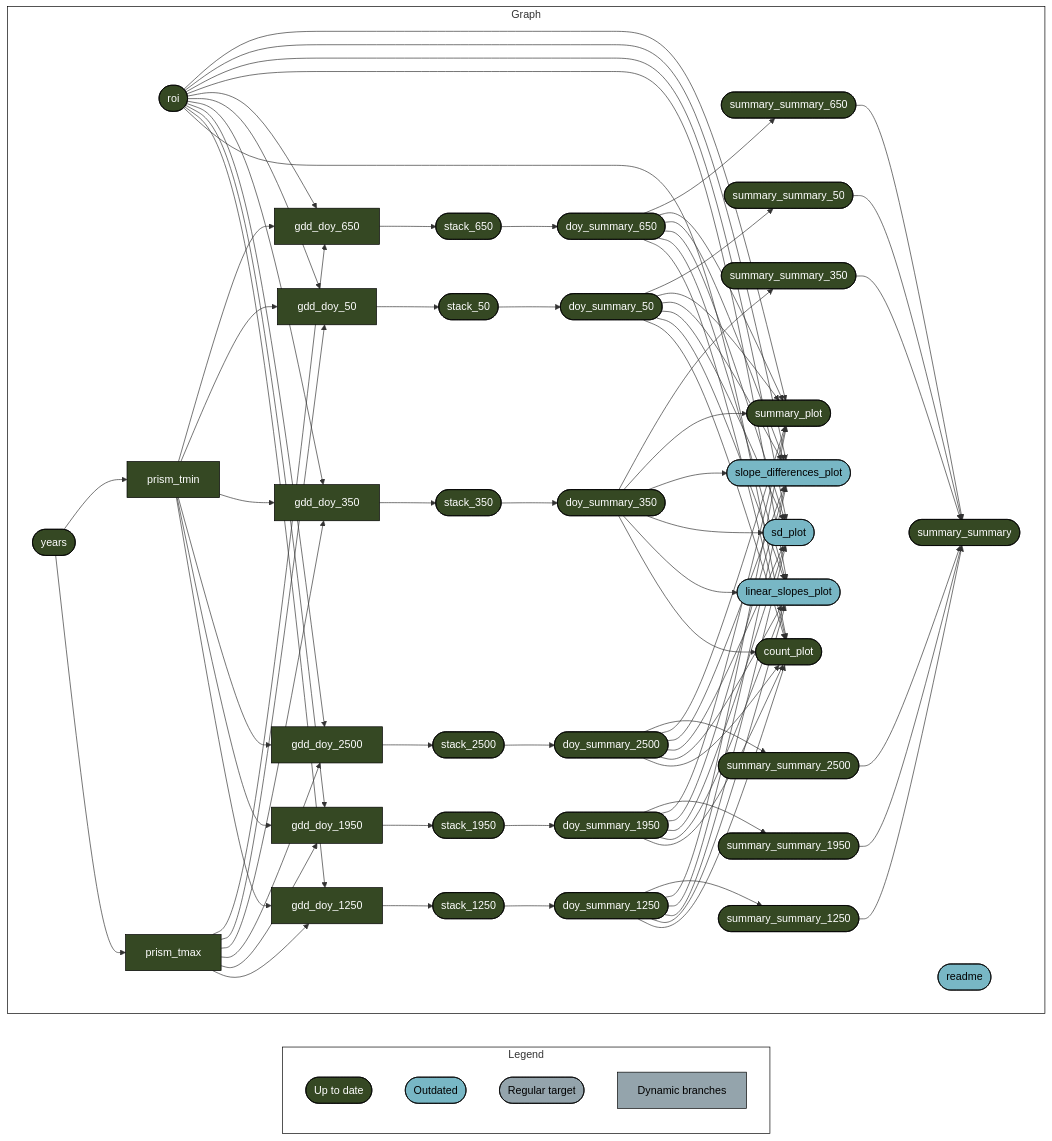
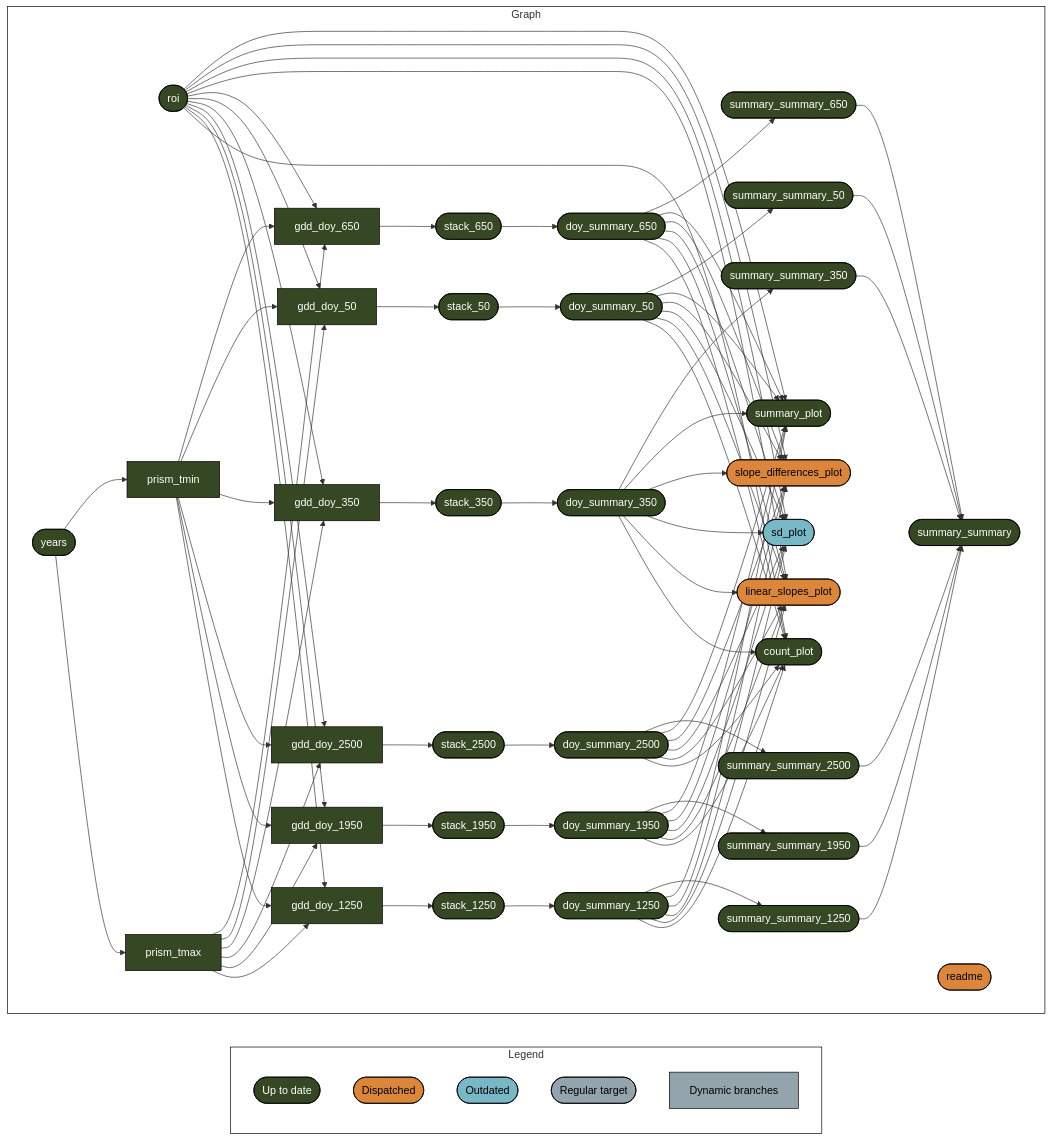
One commit to usa-npn/thermal-trends changed the diagram in README.md. Above: the diagram before and after it, drawn with Mermaid. The commit also changed other lines of this file and 1 other file, not shown here.

Commit message:
update text

````diff
--- a/README.md
+++ b/README.md
@@ -58,6 +54,7 @@
   style Graph fill:#FFFFFF00,stroke:#000000;
   subgraph Legend
     xf1522833a4d242c5(["Up to date"]):::uptodate
+    xb6630624a7b3aa0f(["Dispatched"]):::dispatched
     x2db1ec7a48f65a9b(["Outdated"]):::outdated
     xd03d7c7dd2ddda2b(["Regular target"]):::none
     x6f7e04ea3427f824["Dynamic branches"]:::none
@@ -95,13 +92,13 @@
     x73ccc223e5bb7e64(["roi"]):::uptodate --> x6672cfab7f0558ba["gdd_doy_650"]:::uptodate
     xcaf68fce9acaa5b6["prism_tmin"]:::uptodate --> x6672cfab7f0558ba["gdd_doy_650"]:::uptodate
     xb76c0bbea0c751b0["prism_tmax"]:::uptodate --> x6672cfab7f0558ba["gdd_doy_650"]:::uptodate
-    xe7a2595a28ea2e04(["doy_summary_1250"]):::uptodate --> x9a95e37bbec60034(["linear_slopes_plot"]):::outdated
-    xc884cdd4fb17c69f(["doy_summary_1950"]):::uptodate --> x9a95e37bbec60034(["linear_slopes_plot"]):::outdated
-    x73ccc223e5bb7e64(["roi"]):::uptodate --> x9a95e37bbec60034(["linear_slopes_plot"]):::outdated
-    xd187396e35b9df6a(["doy_summary_2500"]):::uptodate --> x9a95e37bbec60034(["linear_slopes_plot"]):::outdated
-    xe3bc9075e32f80ca(["doy_summary_350"]):::uptodate --> x9a95e37bbec60034(["linear_slopes_plot"]):::outdated
-    xdc621d8734e6de6d(["doy_summary_50"]):::uptodate --> x9a95e37bbec60034(["linear_slopes_plot"]):::outdated
-    xd36e999b706381d6(["doy_summary_650"]):::uptodate --> x9a95e37bbec60034(["linear_slopes_plot"]):::outdated
+    xe7a2595a28ea2e04(["doy_summary_1250"]):::uptodate --> x9a95e37bbec60034(["linear_slopes_plot"]):::dispatched
+    xc884cdd4fb17c69f(["doy_summary_1950"]):::uptodate --> x9a95e37bbec60034(["linear_slopes_plot"]):::dispatched
+    x73ccc223e5bb7e64(["roi"]):::uptodate --> x9a95e37bbec60034(["linear_slopes_plot"]):::dispatched
+    xd187396e35b9df6a(["doy_summary_2500"]):::uptodate --> x9a95e37bbec60034(["linear_slopes_plot"]):::dispatched
+    xe3bc9075e32f80ca(["doy_summary_350"]):::uptodate --> x9a95e37bbec60034(["linear_slopes_plot"]):::dispatched
+    xdc621d8734e6de6d(["doy_summary_50"]):::uptodate --> x9a95e37bbec60034(["linear_slopes_plot"]):::dispatched
+    xd36e999b706381d6(["doy_summary_650"]):::uptodate --> x9a95e37bbec60034(["linear_slopes_plot"]):::dispatched
     xf9ac23fbc741da6f(["years"]):::uptodate --> xb76c0bbea0c751b0["prism_tmax"]:::uptodate
     xf9ac23fbc741da6f(["years"]):::uptodate --> xcaf68fce9acaa5b6["prism_tmin"]:::uptodate
     xe3bc9075e32f80ca(["doy_summary_350"]):::uptodate --> x1a7be1bbbb0646ca(["sd_plot"]):::outdated
@@ -111,13 +108,13 @@
     x73ccc223e5bb7e64(["roi"]):::uptodate --> x1a7be1bbbb0646ca(["sd_plot"]):::outdated
     xdc621d8734e6de6d(["doy_summary_50"]):::uptodate --> x1a7be1bbbb0646ca(["sd_plot"]):::outdated
     xd187396e35b9df6a(["doy_summary_2500"]):::uptodate --> x1a7be1bbbb0646ca(["sd_plot"]):::outdated
-    xe7a2595a28ea2e04(["doy_summary_1250"]):::uptodate --> x37fe5b550c0a1008(["slope_differences_plot"]):::outdated
-    xe3bc9075e32f80ca(["doy_summary_350"]):::uptodate --> x37fe5b550c0a1008(["slope_differences_plot"]):::outdated
-    x73ccc223e5bb7e64(["roi"]):::uptodate --> x37fe5b550c0a1008(["slope_differences_plot"]):::outdated
-    xdc621d8734e6de6d(["doy_summary_50"]):::uptodate --> x37fe5b550c0a1008(["slope_differences_plot"]):::outdated
-    xd36e999b706381d6(["doy_summary_650"]):::uptodate --> x37fe5b550c0a1008(["slope_differences_plot"]):::outdated
-    xc884cdd4fb17c69f(["doy_summary_1950"]):::uptodate --> x37fe5b550c0a1008(["slope_differences_plot"]):::outdated
-    xd187396e35b9df6a(["doy_summary_2500"]):::uptodate --> x37fe5b550c0a1008(["slope_differences_plot"]):::outdated
+    xe7a2595a28ea2e04(["doy_summary_1250"]):::uptodate --> x37fe5b550c0a1008(["slope_differences_plot"]):::dispatched
+    xe3bc9075e32f80ca(["doy_summary_350"]):::uptodate --> x37fe5b550c0a1008(["slope_differences_plot"]):::dispatched
+    x73ccc223e5bb7e64(["roi"]):::uptodate --> x37fe5b550c0a1008(["slope_differences_plot"]):::dispatched
+    xdc621d8734e6de6d(["doy_summary_50"]):::uptodate --> x37fe5b550c0a1008(["slope_differences_plot"]):::dispatched
+    xd36e999b706381d6(["doy_summary_650"]):::uptodate --> x37fe5b550c0a1008(["slope_differences_plot"]):::dispatched
+    xc884cdd4fb17c69f(["doy_summary_1950"]):::uptodate --> x37fe5b550c0a1008(["slope_differences_plot"]):::dispatched
+    xd187396e35b9df6a(["doy_summary_2500"]):::uptodate --> x37fe5b550c0a1008(["slope_differences_plot"]):::dispatched
     xc8e128aab3cd4a9e["gdd_doy_1250"]:::uptodate --> x3290bd5727894db5(["stack_1250"]):::uptodate
     x2fee061101c79ea2["gdd_doy_1950"]:::uptodate --> x8aa20a6b22429bc6(["stack_1950"]):::uptodate
     x28c62ae9542e7849["gdd_doy_2500"]:::uptodate --> x9bfde4bdb66389ab(["stack_2500"]):::uptodate
@@ -143,9 +140,10 @@
     xe3bc9075e32f80ca(["doy_summary_350"]):::uptodate --> x482d008952893a57(["summary_summary_350"]):::uptodate
     xdc621d8734e6de6d(["doy_summary_50"]):::uptodate --> xd673ca3454c59fd6(["summary_summary_50"]):::uptodate
     xd36e999b706381d6(["doy_summary_650"]):::uptodate --> x8817687a9adb871f(["summary_summary_650"]):::uptodate
-    xc11069275cfeb620(["readme"]):::outdated
+    xc11069275cfeb620(["readme"]):::dispatched
   end
   classDef uptodate stroke:#000000,color:#ffffff,fill:#354823;
+  classDef dispatched stroke:#000000,color:#000000,fill:#DC863B;
   classDef outdated stroke:#000000,color:#000000,fill:#78B7C5;
   classDef none stroke:#000000,color:#000000,fill:#94a4ac;
 ```
````
